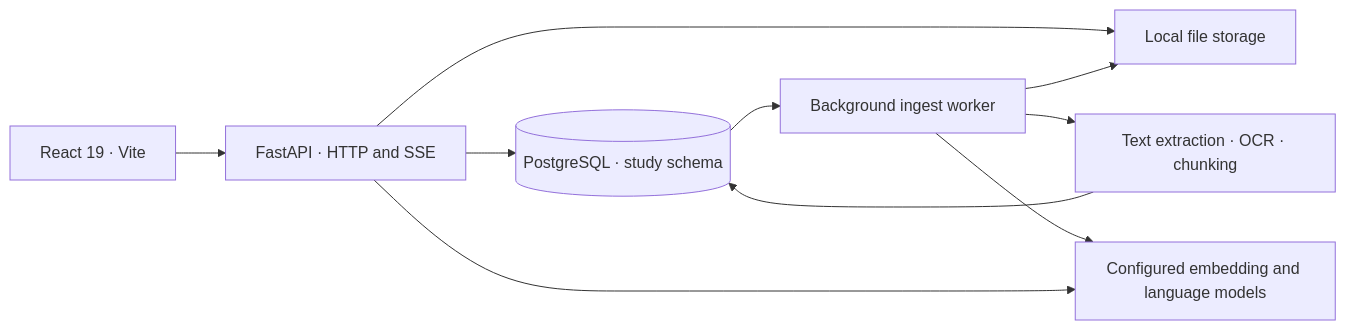
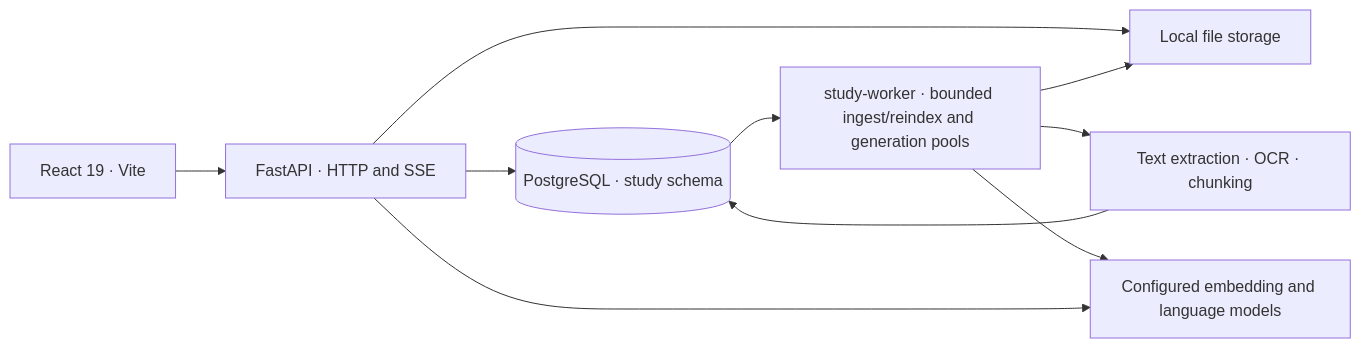
Before and after one commit to ggwenling/Study_Platform: the diagram in README.md, drawn with Mermaid. The commit also changed other lines of this file and 4 other files, not shown here.

````diff
--- a/README.md
+++ b/README.md
@@ -100,12 +101,12 @@
 ```mermaid
 flowchart LR
     Browser["React 19 · Vite"] --> API["FastAPI · HTTP and SSE"]
     API --> DB[("PostgreSQL · study schema")]
     API --> Files["Local file storage"]
-    DB --> Worker["Background ingest worker"]
+    DB --> Worker["study-worker · bounded ingest/reindex and generation pools"]
     Worker --> Files
     Worker --> Index["Text extraction · OCR · chunking"]
     Index --> DB
     Worker --> Models["Configured embedding and language models"]
     API --> Models
 ```
````
